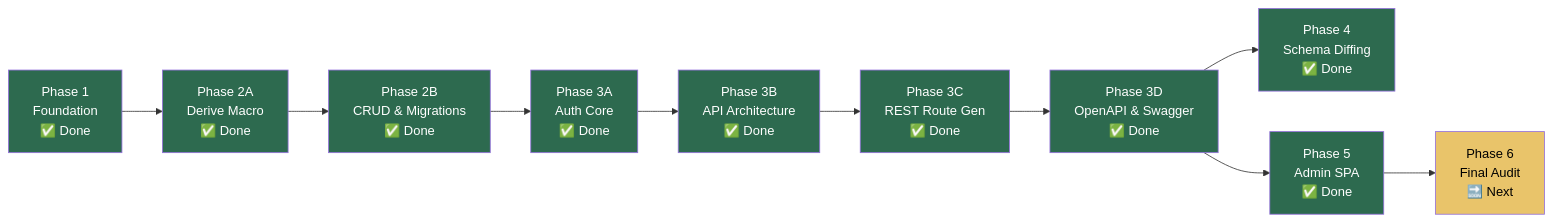
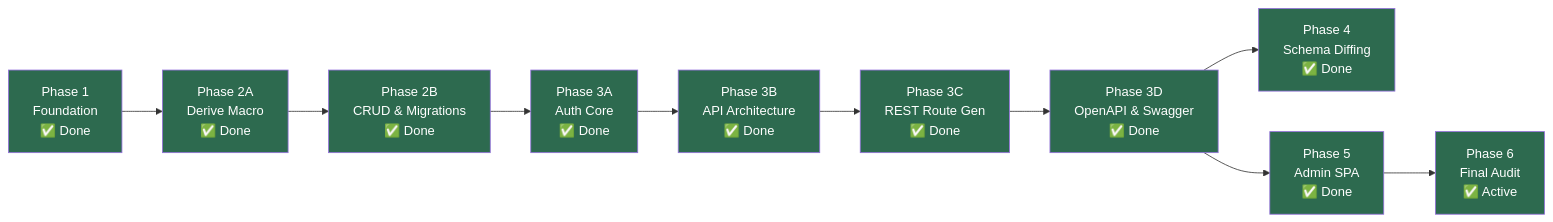
The second of 2 diagrams in roadmap.md (wends155/brom), drawn with Mermaid before and after one commit. The commit also changed other lines of this file and 4 other files, not shown here.

Commit message:
chore(pm): update phase6 checklist, roadmap, and performance context

````diff
--- a/roadmap.md
+++ b/roadmap.md
@@ -78,34 +78,34 @@
 ```mermaid
 graph LR
     P1["Phase 1<br/>Foundation<br/>✅ Done"]
     P2A["Phase 2A<br/>Derive Macro<br/>✅ Done"]
     P2B["Phase 2B<br/>CRUD & Migrations<br/>✅ Done"]
     P3A["Phase 3A<br/>Auth Core<br/>✅ Done"]
     P3B["Phase 3B<br/>API Architecture<br/>✅ Done"]
     P3C["Phase 3C<br/>REST Route Gen<br/>✅ Done"]
     P3D["Phase 3D<br/>OpenAPI & Swagger<br/>✅ Done"]
     P4["Phase 4<br/>Schema Diffing<br/>✅ Done"]
     P5["Phase 5<br/>Admin SPA<br/>✅ Done"]
-    P6["Phase 6<br/>Final Audit<br/>🔜 Next"]
+    P6["Phase 6<br/>Final Audit<br/>✅ Active"]
 
     P1 --> P2A
     P2A --> P2B
     P2B --> P3A
     P3A --> P3B
     P3B --> P3C
     P3C --> P3D
     P3D --> P4
     P3D --> P5
     P5 --> P6
 
     style P1 fill:#2d6a4f,color:#fff
     style P2A fill:#2d6a4f,color:#fff
     style P2B fill:#2d6a4f,color:#fff
     style P3A fill:#2d6a4f,color:#fff
     style P3B fill:#2d6a4f,color:#fff
     style P3C fill:#2d6a4f,color:#fff
     style P3D fill:#2d6a4f,color:#fff
     style P4 fill:#2d6a4f,color:#fff
     style P5 fill:#2d6a4f,color:#fff
-    style P6 fill:#e9c46a,color:#000
+    style P6 fill:#2d6a4f,color:#fff
 ```
````
